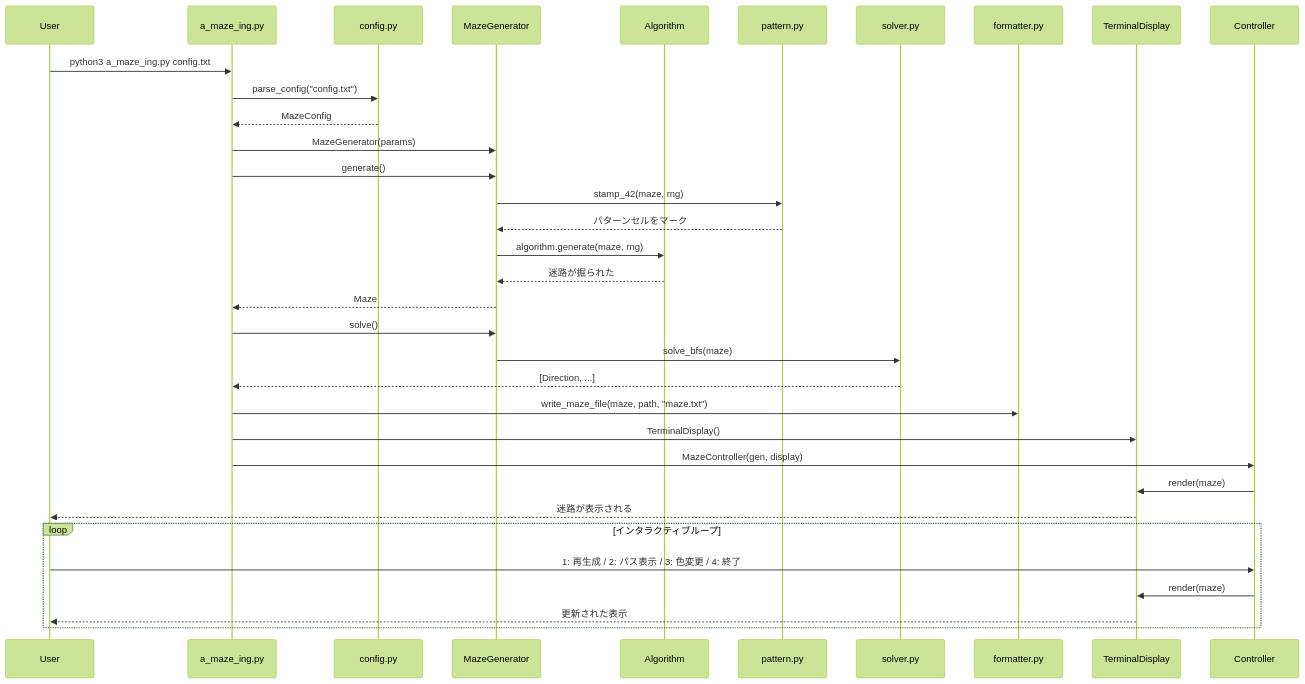
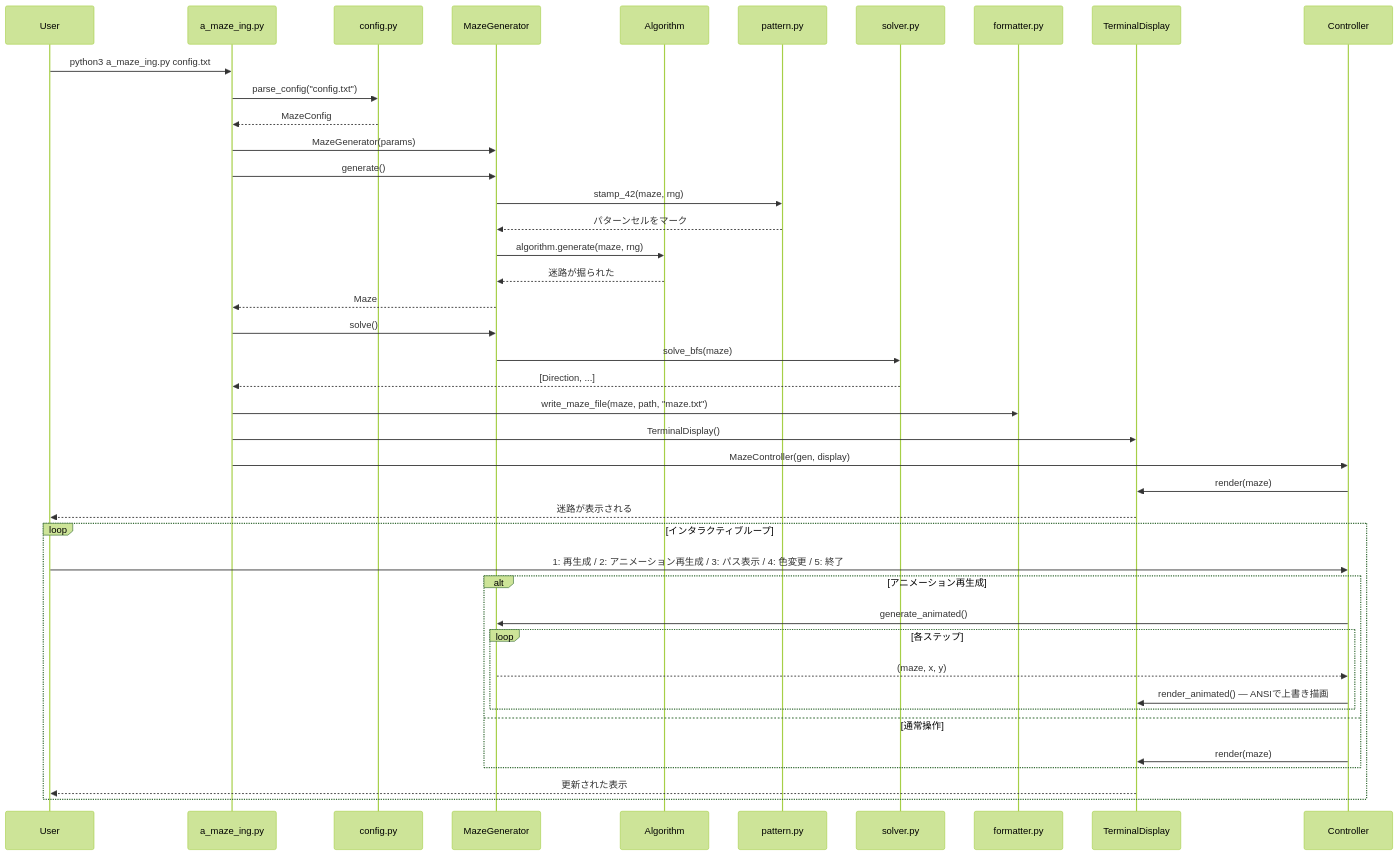
Before and after one commit to liofval/a_maze_ing: the third of 3 diagrams in .docs/01-architecture.md, drawn with Mermaid (forest theme). The commit also changed 14 other files, not shown here.

````diff
--- a/.docs/01-architecture.md
+++ b/.docs/01-architecture.md
@@ -74,42 +74,50 @@
 ```mermaid
 sequenceDiagram
     participant User
     participant Main as a_maze_ing.py
     participant Config as config.py
     participant Gen as MazeGenerator
     participant Algo as Algorithm
     participant Pattern as pattern.py
     participant Solver as solver.py
     participant Fmt as formatter.py
     participant Disp as TerminalDisplay
     participant Ctrl as Controller
 
     User->>Main: python3 a_maze_ing.py config.txt
     Main->>Config: parse_config("config.txt")
     Config-->>Main: MazeConfig
 
     Main->>Gen: MazeGenerator(params)
     Main->>Gen: generate()
     Gen->>Pattern: stamp_42(maze, rng)
     Pattern-->>Gen: パターンセルをマーク
     Gen->>Algo: algorithm.generate(maze, rng)
     Algo-->>Gen: 迷路が掘られた
     Gen-->>Main: Maze
 
     Main->>Gen: solve()
     Gen->>Solver: solve_bfs(maze)
     Solver-->>Main: [Direction, ...]
 
     Main->>Fmt: write_maze_file(maze, path, "maze.txt")
 
     Main->>Disp: TerminalDisplay()
     Main->>Ctrl: MazeController(gen, display)
     Ctrl->>Disp: render(maze)
     Disp-->>User: 迷路が表示される
 
     loop インタラクティブループ
-        User->>Ctrl: 1: 再生成 / 2: パス表示 / 3: 色変更 / 4: 終了
-        Ctrl->>Disp: render(maze)
+        User->>Ctrl: 1: 再生成 / 2: アニメーション再生成 / 3: パス表示 / 4: 色変更 / 5: 終了
+        alt アニメーション再生成
+            Ctrl->>Gen: generate_animated()
+            loop 各ステップ
+                Gen-->>Ctrl: (maze, x, y)
+                Ctrl->>Disp: render_animated() — ANSIで上書き描画
+            end
+        else 通常操作
+            Ctrl->>Disp: render(maze)
+        end
         Disp-->>User: 更新された表示
     end
 ```
````
